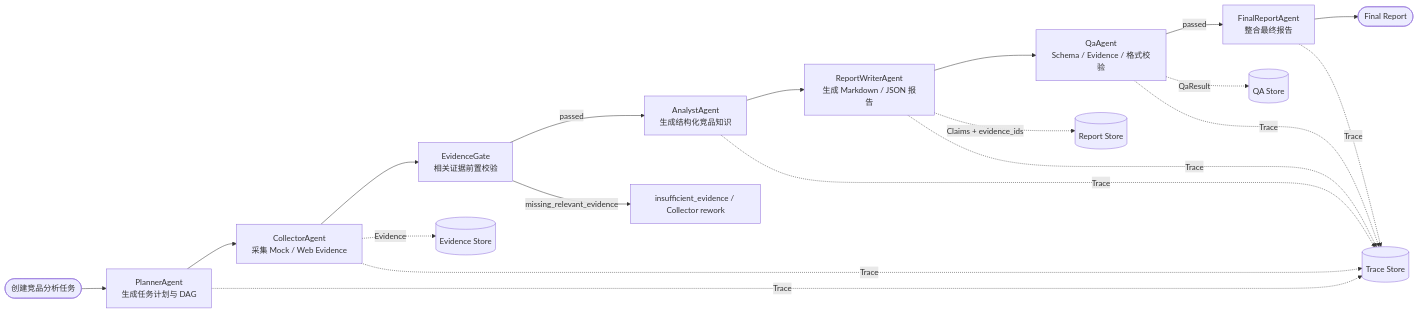
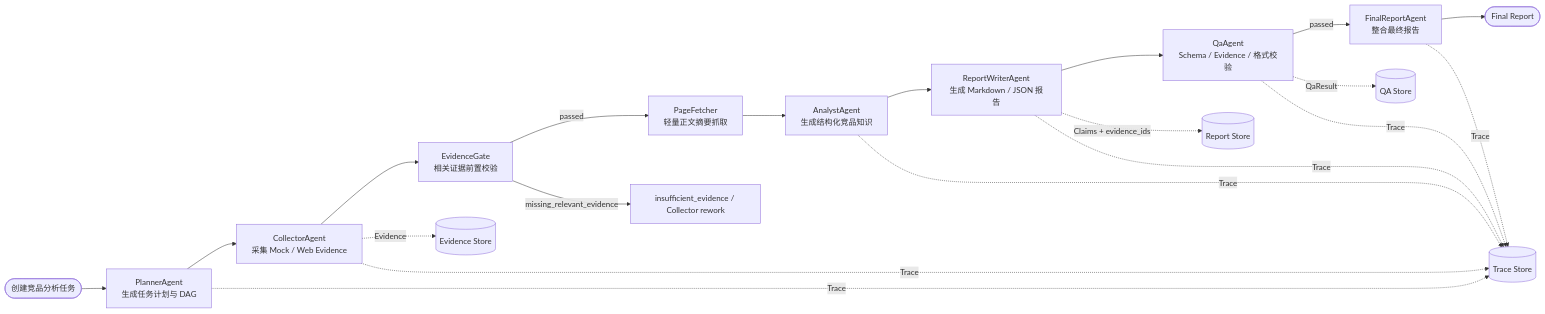
Before and after one commit to XH-111/cis-agent-demo: the second of 6 diagrams in docs/architecture.md, drawn with Mermaid. The commit also changed other lines of this file and 17 other files, not shown here.

Commit message:
Add page fetcher and configurable LLM reports

````diff
--- a/docs/architecture.md
+++ b/docs/architecture.md
@@ -50,23 +50,24 @@
 ```mermaid
 flowchart LR
     Start([创建竞品分析任务]) --> Planner[PlannerAgent<br/>生成任务计划与 DAG]
     Planner --> Collector[CollectorAgent<br/>采集 Mock / Web Evidence]
     Collector --> Gate[EvidenceGate<br/>相关证据前置校验]
-    Gate -->|passed| Analyst[AnalystAgent<br/>生成结构化竞品知识]
+    Gate -->|passed| PageFetcher[PageFetcher<br/>轻量正文摘要抓取]
+    PageFetcher --> Analyst[AnalystAgent<br/>生成结构化竞品知识]
     Gate -->|missing_relevant_evidence| Stop[insufficient_evidence / Collector rework]
     Analyst --> Writer[ReportWriterAgent<br/>生成 Markdown / JSON 报告]
     Writer --> QA[QaAgent<br/>Schema / Evidence / 格式校验]
     QA -->|passed| Final[FinalReportAgent<br/>整合最终报告]
     Final --> End([Final Report])
 
     Collector -. Evidence .-> EvidenceStore[(Evidence Store)]
     Writer -. Claims + evidence_ids .-> ReportStore[(Report Store)]
     QA -. QaResult .-> QAStore[(QA Store)]
 
     Planner -. Trace .-> TraceStore[(Trace Store)]
     Collector -. Trace .-> TraceStore
     Analyst -. Trace .-> TraceStore
     Writer -. Trace .-> TraceStore
     QA -. Trace .-> TraceStore
     Final -. Trace .-> TraceStore
 ```
````
